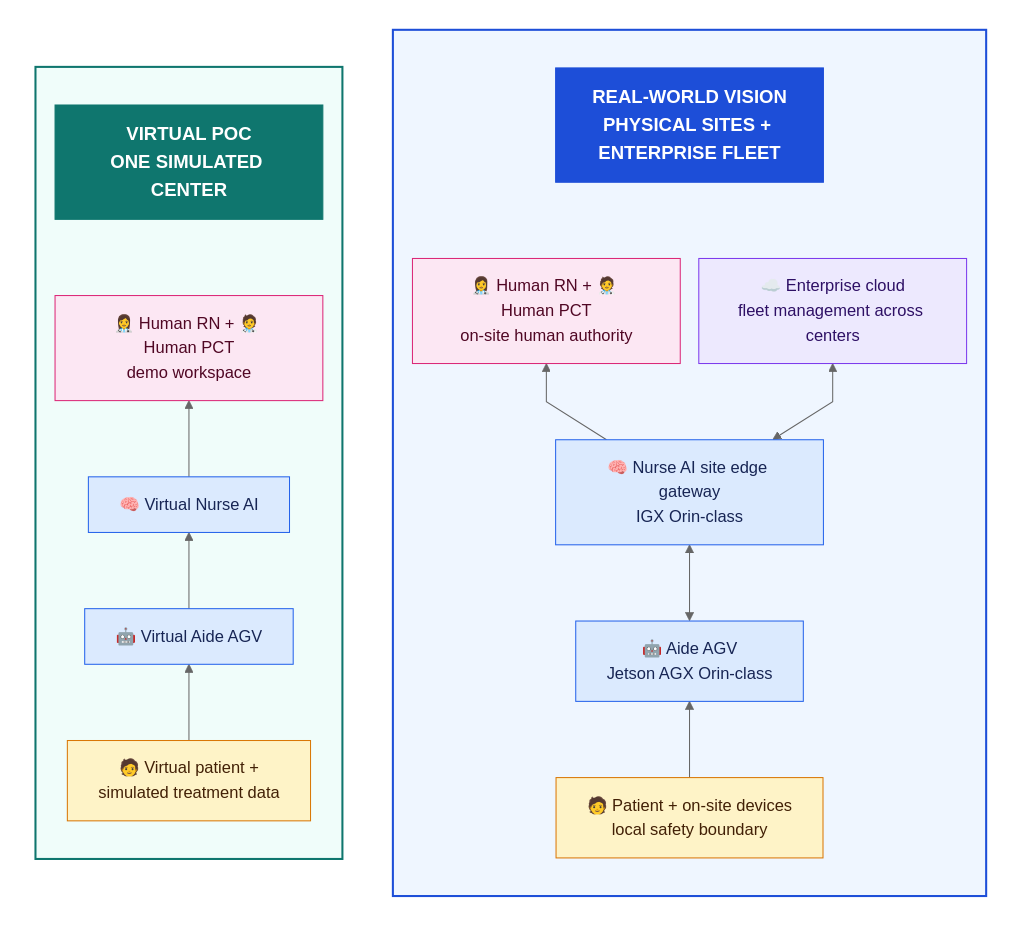
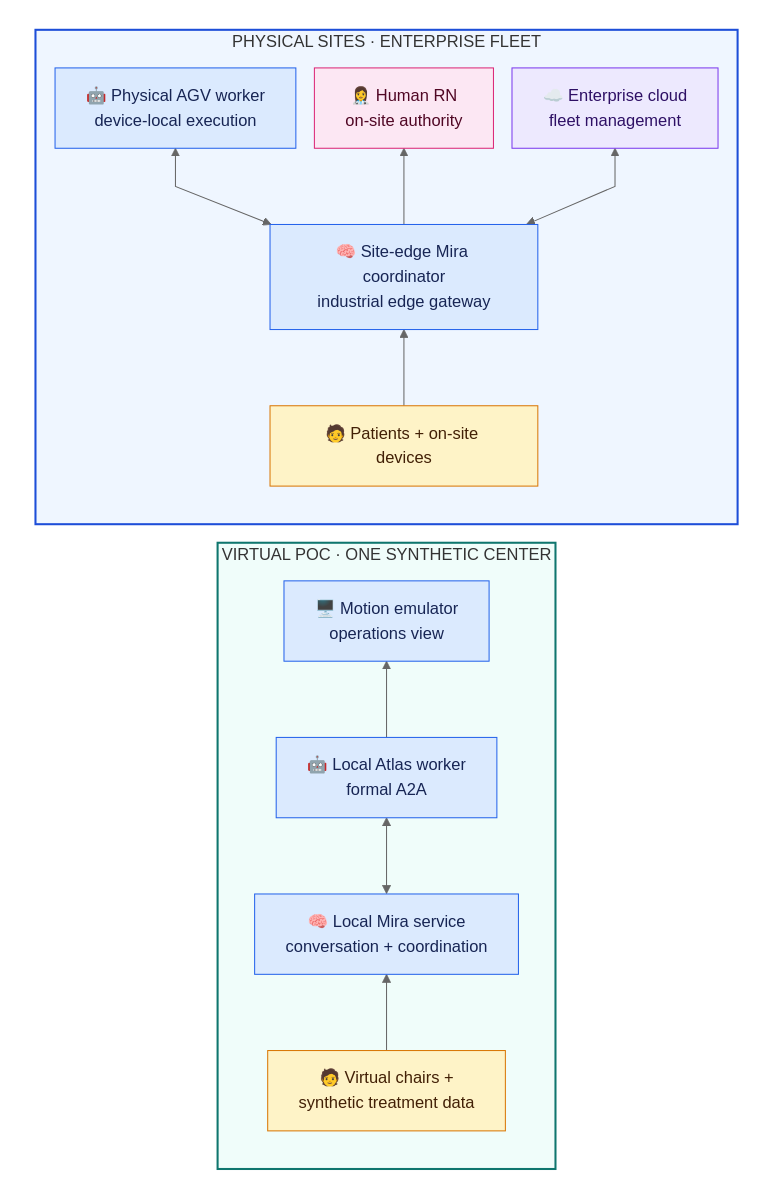
One commit to fmlin0429712024/ichd-agentic-system changed the second of 2 diagrams in README.md. Above: the diagram before and after it, drawn with Mermaid (neutral theme). The commit also changed other lines of this file and 37 other files, not shown here.

Commit message:
Baseline Mira coordinator and Atlas worker POC

````diff
--- a/README.md
+++ b/README.md
@@ -127,43 +169,34 @@
 ```mermaid
 %%{init: {"flowchart": {"nodeSpacing": 18, "rankSpacing": 24, "curve": "linear"}}}%%
 flowchart TB
     subgraph COMPARISON[" "]
         direction LR
 
-        subgraph POC[" "]
+        subgraph POC["VIRTUAL POC · ONE SYNTHETIC CENTER"]
             direction BT
-            VP["🧑 Virtual patient +<br/>simulated treatment data"] --> VA["🤖 Virtual Aide AGV"]
-            VA --> VM["🧠 Virtual Nurse AI"]
-            VM --> VH["👩‍⚕️ Human RN + 🧑‍⚕️ Human PCT<br/>demo workspace"]
-            VH ~~~ PH["VIRTUAL POC<br/>ONE SIMULATED CENTER"]
+            PS["🧑 Virtual chairs +<br/>synthetic treatment data"] --> PM["🧠 Local Mira service<br/>conversation + coordination"]
+            PM <--> PA["🤖 Local Atlas worker<br/>formal A2A"]
+            PA --> PV["🖥️ Motion emulator<br/>operations view"]
         end
 
-        subgraph FUTURE[" "]
+        subgraph FUTURE["PHYSICAL SITES · ENTERPRISE FLEET"]
             direction BT
-            RS["🧑 Patient + on-site devices<br/>local safety boundary"] --> AR["🤖 Aide AGV<br/>Jetson AGX Orin-class"]
-            AR <--> SE["🧠 Nurse AI site edge gateway<br/>IGX Orin-class"]
-            SE --> HS["👩‍⚕️ Human RN + 🧑‍⚕️ Human PCT<br/>on-site human authority"]
-            SE <--> EC["☁️ Enterprise cloud<br/>fleet management across centers"]
-            HS ~~~ FH["REAL-WORLD VISION<br/>PHYSICAL SITES + ENTERPRISE FLEET"]
-            EC ~~~ FH
+            FS["🧑 Patients + on-site devices"] --> FM["🧠 Site-edge Mira coordinator<br/>industrial edge gateway"]
+            FM <--> FA["🤖 Physical AGV worker<br/>device-local execution"]
+            FM --> FH["👩‍⚕️ Human RN<br/>on-site authority"]
+            FM <--> FC["☁️ Enterprise cloud<br/>fleet management"]
         end
-
-        POC ~~~ FUTURE
     end
 
     classDef source fill:#FEF3C7,stroke:#D97706,color:#422006
     classDef digital fill:#DBEAFE,stroke:#2563EB,color:#172554
     classDef human fill:#FCE7F3,stroke:#DB2777,color:#500724
     classDef cloud fill:#EDE9FE,stroke:#7C3AED,color:#2E1065
-    classDef pocHeader fill:#0F766E,stroke:#0F766E,color:#FFFFFF,font-size:18px,font-weight:bold
-    classDef futureHeader fill:#1D4ED8,stroke:#1D4ED8,color:#FFFFFF,font-size:18px,font-weight:bold
-    class VP,RS source
-    class VA,VM,AR,SE digital
-    class VH,HS human
-    class EC cloud
-    class PH pocHeader
-    class FH futureHeader
+    class PS,FS source
+    class PM,PA,PV,FM,FA digital
+    class FH human
+    class FC cloud
     style POC fill:#F0FDFA,stroke:#0F766E,stroke-width:2px
     style FUTURE fill:#EFF6FF,stroke:#1D4ED8,stroke-width:2px
     style COMPARISON fill:transparent,stroke:transparent
 ```
````
